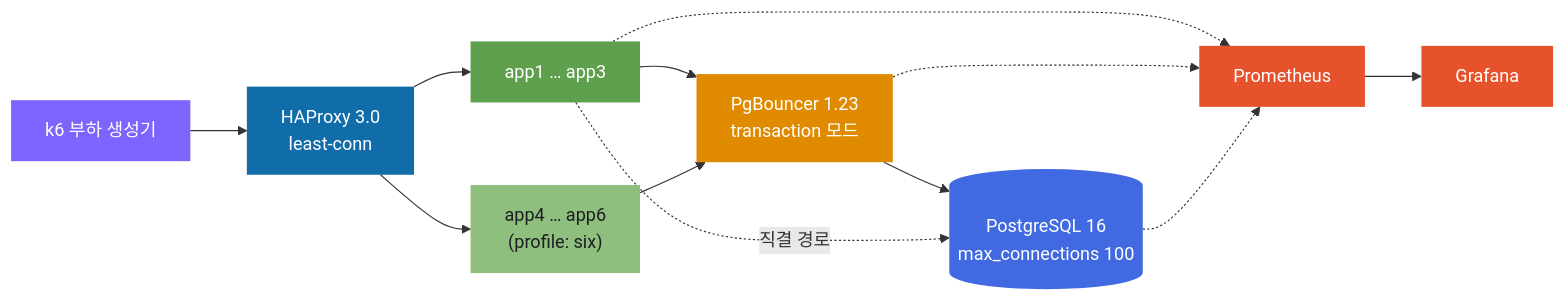
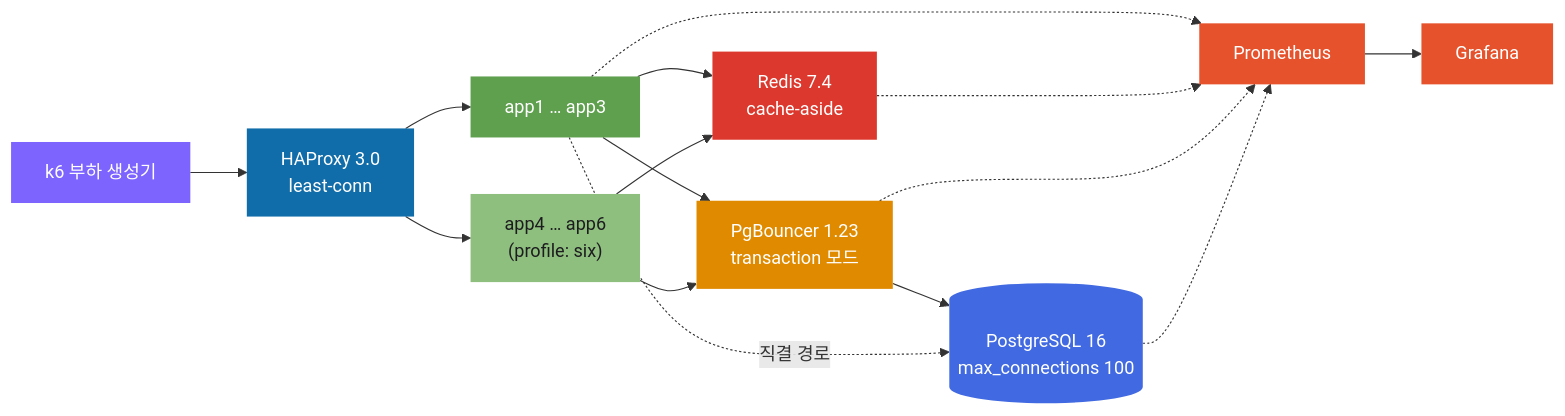
The diagram in README.md (Jin-s-work/load-simulation), drawn with Mermaid before and after one commit. The commit also changed other lines of this file and 19 other files, not shown here.

````diff
--- a/README.md
+++ b/README.md
@@ -66,31 +66,36 @@
 ```mermaid
 flowchart LR
     k6["k6 부하 생성기"]:::gen
     HA["HAProxy 3.0<br/>least-conn"]:::lb
     A1["app1 … app3"]:::app
     A2["app4 … app6<br/>(profile: six)"]:::opt
+    RD["Redis 7.4<br/>cache-aside"]:::cache
     PB["PgBouncer 1.23<br/>transaction 모드"]:::pb
     PG[("PostgreSQL 16<br/>max_connections 100")]:::db
     PR["Prometheus"]:::obs
     GF["Grafana"]:::obs
 
     k6 --> HA
     HA --> A1
     HA --> A2
+    A1 --> RD
+    A2 --> RD
     A1 --> PB
     A2 --> PB
     PB --> PG
     A1 -.->|"직결 경로"| PG
     A1 -.-> PR
+    RD -.-> PR
     PB -.-> PR
     PG -.-> PR
     PR --> GF
 
     classDef gen fill:#7D64FF,color:#ffffff,stroke-width:0px
     classDef lb fill:#106DA9,color:#ffffff,stroke-width:0px
     classDef app fill:#5FA04E,color:#ffffff,stroke-width:0px
     classDef opt fill:#8FBF7F,color:#1d1d1f,stroke-width:0px
+    classDef cache fill:#DC382D,color:#ffffff,stroke-width:0px
     classDef pb fill:#E08A00,color:#ffffff,stroke-width:0px
     classDef db fill:#4169E1,color:#ffffff,stroke-width:0px
     classDef obs fill:#E6522C,color:#ffffff,stroke-width:0px
 ```
````
